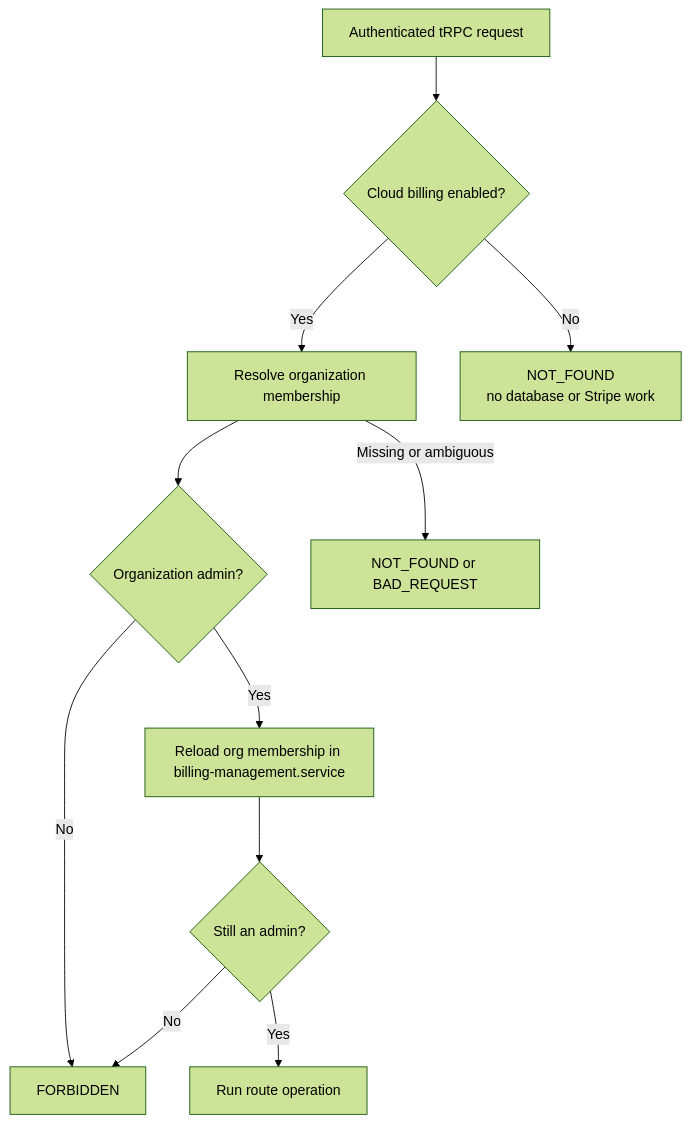
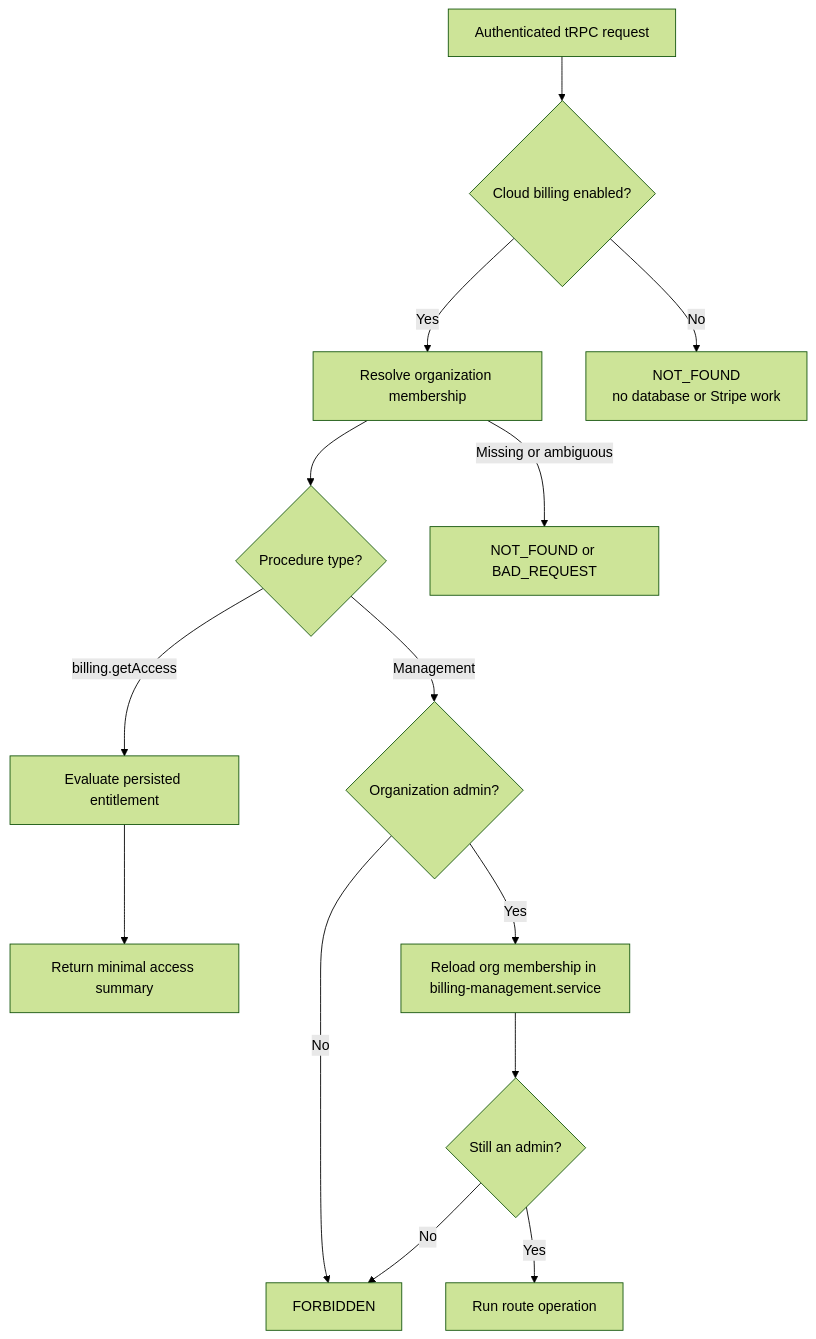
One commit to getnao/nao changed the fourth of 13 diagrams in apps/backend/docs/cloud-billing-stripe.md. Above: the diagram before and after it, drawn with Mermaid (forest theme). The commit also changed other lines of this file and 4 other files, not shown here.

Commit message:
show cloud billing access banner

````diff
--- a/apps/backend/docs/cloud-billing-stripe.md
+++ b/apps/backend/docs/cloud-billing-stripe.md
@@ -249,21 +261,27 @@
 ```mermaid
 flowchart TD
     Request["Authenticated tRPC request"]
     Enabled{"Cloud billing enabled?"}
     Resolve["Resolve organization membership"]
+    Procedure{"Procedure type?"}
+    Entitlement["Evaluate persisted entitlement"]
+    Summary["Return minimal access summary"]
     MiddlewareAdmin{"Organization admin?"}
     ServiceAdmin["Reload org membership in billing-management.service"]
     ServiceAllowed{"Still an admin?"}
     Operation["Run route operation"]
 
     Request --> Enabled
     Enabled -->|No| NotFound["NOT_FOUND<br/>no database or Stripe work"]
     Enabled -->|Yes| Resolve
     Resolve -->|Missing or ambiguous| ResolutionError["NOT_FOUND or BAD_REQUEST"]
-    Resolve --> MiddlewareAdmin
+    Resolve --> Procedure
+    Procedure -->|billing.getAccess| Entitlement
+    Entitlement --> Summary
+    Procedure -->|Management| MiddlewareAdmin
     MiddlewareAdmin -->|No| Forbidden["FORBIDDEN"]
     MiddlewareAdmin -->|Yes| ServiceAdmin
     ServiceAdmin --> ServiceAllowed
     ServiceAllowed -->|No| Forbidden
     ServiceAllowed -->|Yes| Operation
 ```
````
